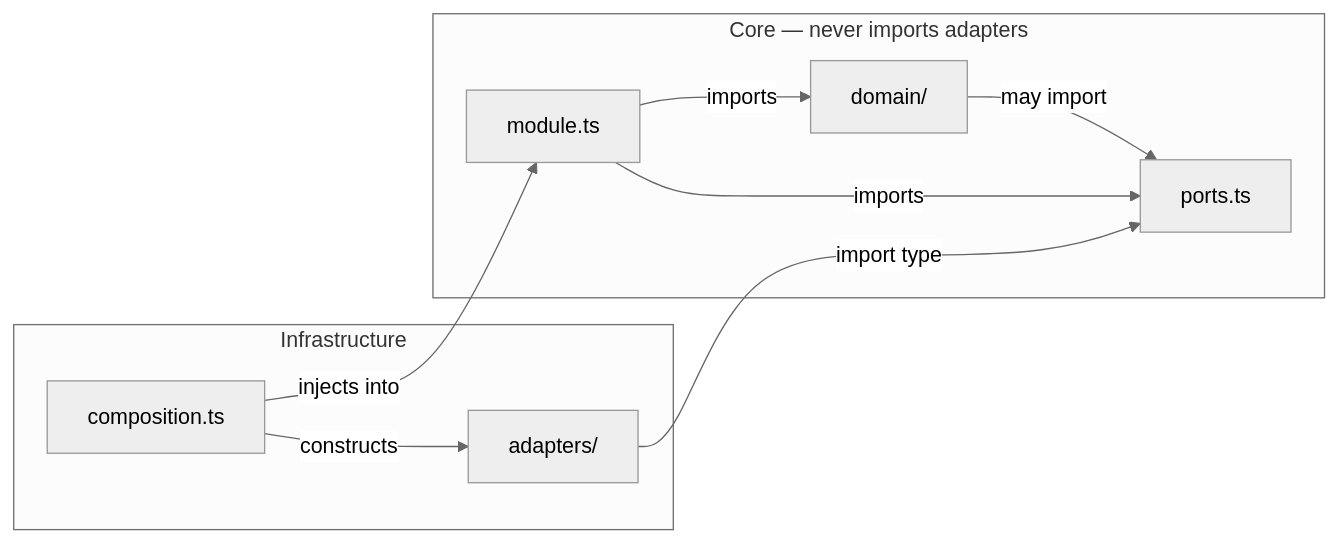
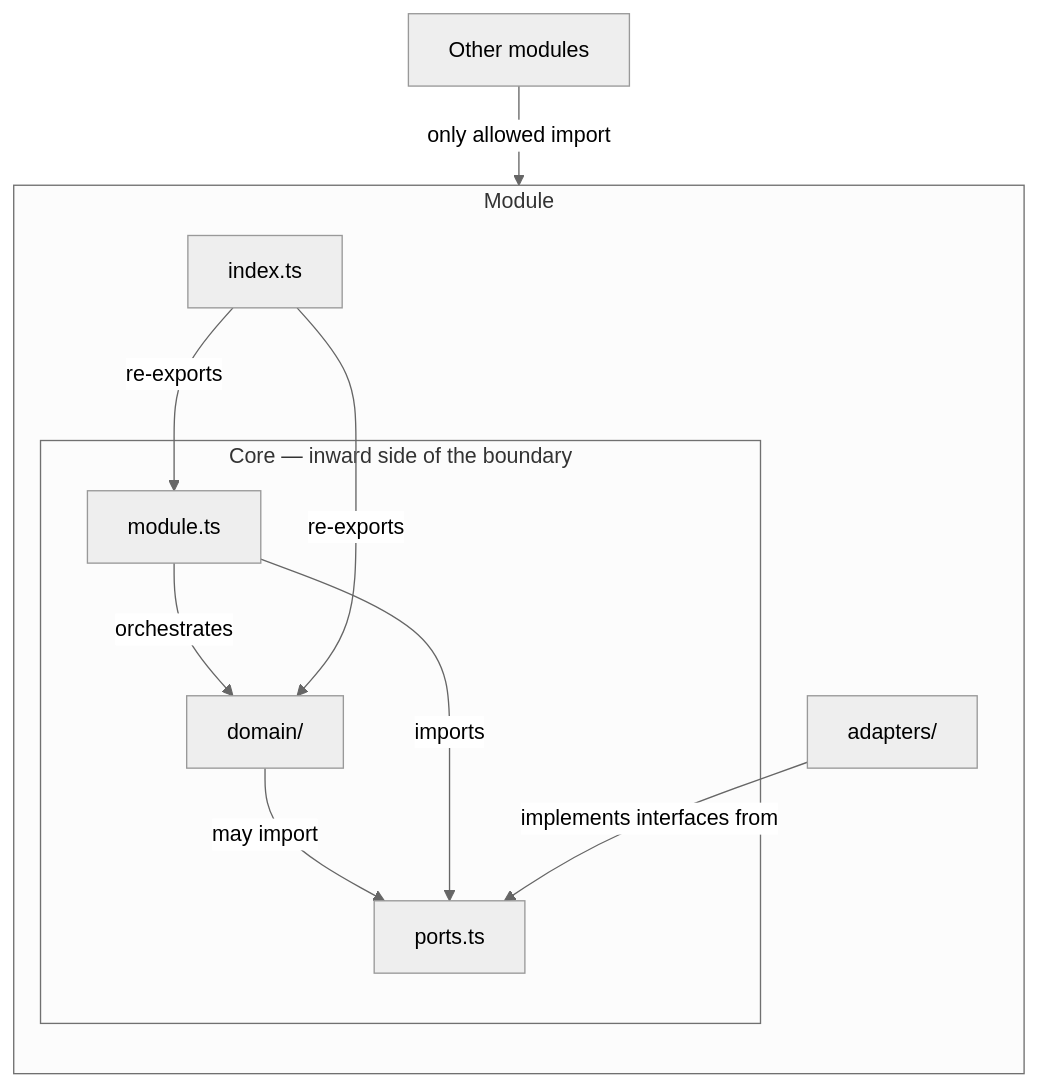
Before and after one commit to stemolly/wiki: the diagram in src/content/docs/architecture/module-structure.md, drawn with Mermaid (neutral theme). The commit also changed other lines of this file and 23 other files, not shown here.

````diff
--- a/src/content/docs/architecture/module-structure.md
+++ b/src/content/docs/architecture/module-structure.md
@@ -41,19 +27,22 @@
 ```mermaid
-flowchart LR
-    subgraph core ["Core — never imports adapters"]
-        domain["domain/"]
-        ports["ports.ts"]
-        mod["module.ts"]
-    end
-    subgraph infra ["Infrastructure"]
-        adapters["adapters/"]
-        comp["composition.ts"]
+graph TB
+    subgraph mod ["Module"]
+        direction TB
+        subgraph core ["Core — inward side of the boundary"]
+            D["domain/"]
+            P["ports.ts"]
+            M["module.ts"]
+        end
+        A["adapters/"]
+        I["index.ts"]
     end
 
-    domain -->|"may import"| ports
-    mod -->|"imports"| domain
-    mod -->|"imports"| ports
-    adapters -->|"import type"| ports
-    comp -->|"constructs"| adapters
-    comp -->|"injects into"| mod
+    D -->|"may import"| P
+    M -->|"orchestrates"| D
+    M -->|"imports"| P
+    A -->|"implements interfaces from"| P
+    I -->|"re-exports"| M
+    I -->|"re-exports"| D
+
+    ext["Other modules"] -->|"only allowed import"| I
 ```
````
